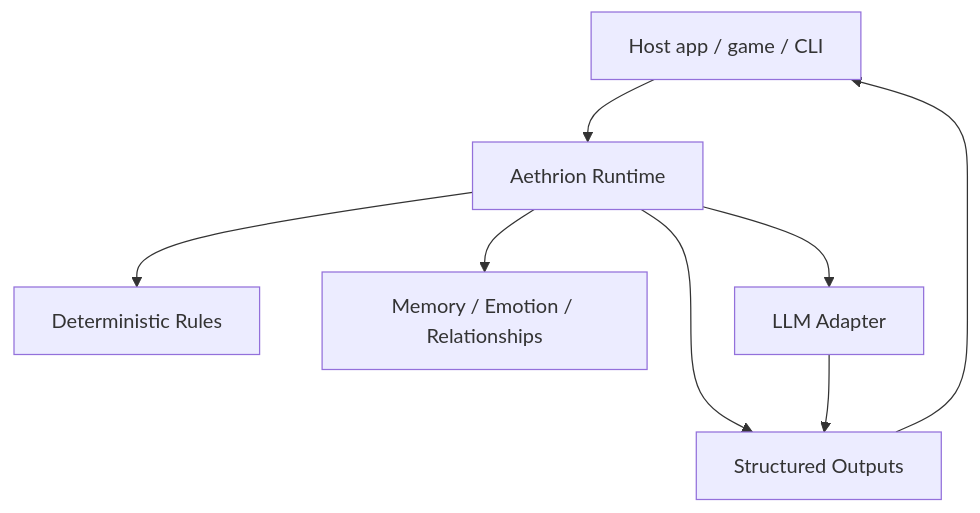
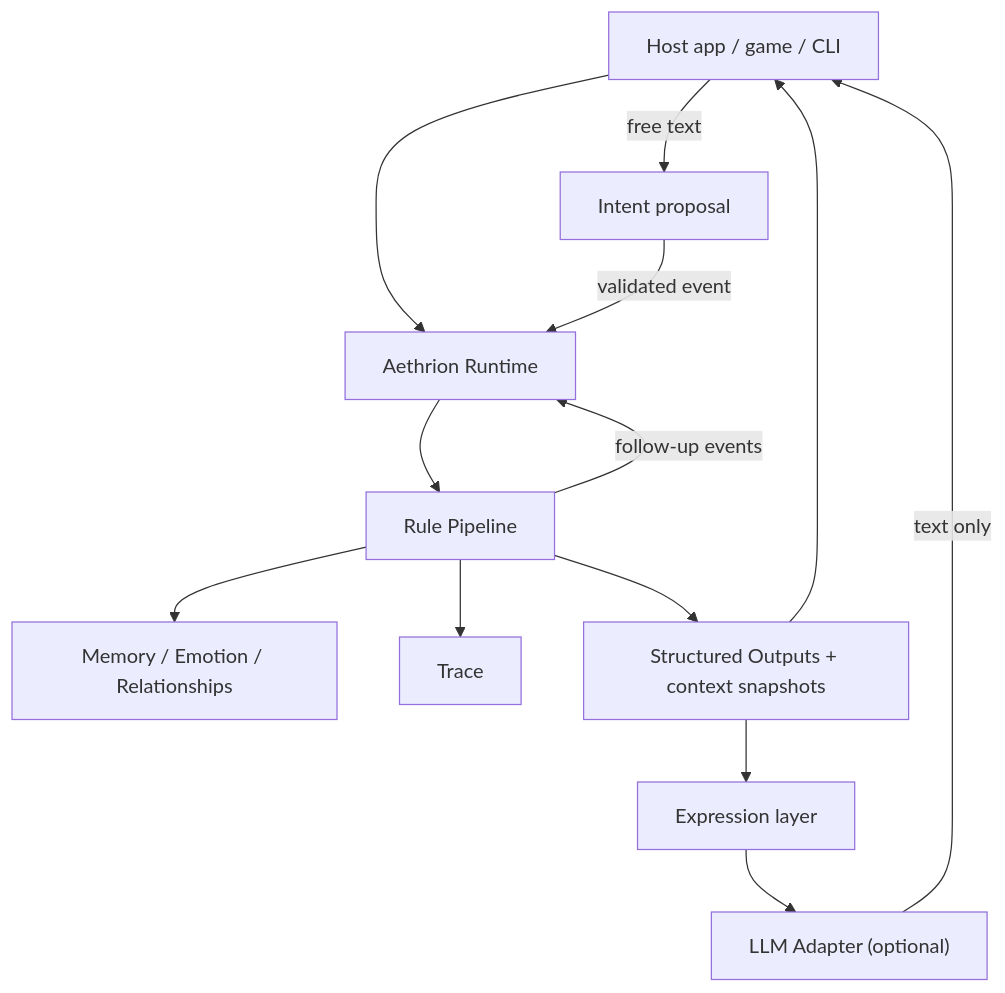
The diagram in README.ko.md (simulacre7/aethrion), drawn with Mermaid before and after one commit. The commit also changed other lines of this file and 19 other files, not shown here.

First line of the commit message:
Document v0.2: rules, expression, scenarios, API, and examples

````diff
--- a/README.ko.md
+++ b/README.ko.md
@@ -202,10 +272,15 @@
 ```mermaid
 flowchart TD
     Host["Host app / game / CLI"] --> Runtime["Aethrion Runtime"]
-    Runtime --> Rules["Deterministic Rules"]
-    Runtime --> State["Memory / Emotion / Relationships"]
-    Runtime --> Outputs["Structured Outputs"]
+    Runtime --> Pipeline["Rule Pipeline"]
+    Pipeline --> State["Memory / Emotion / Relationships"]
+    Pipeline -->|follow-up events| Runtime
+    Pipeline --> Trace["Trace"]
+    Pipeline --> Outputs["Structured Outputs + context snapshots"]
     Outputs --> Host
-    Runtime --> LLM["LLM Adapter"]
-    LLM --> Outputs
+    Outputs --> Expression["Expression layer"]
+    Expression --> LLM["LLM Adapter (optional)"]
+    LLM -->|text only| Host
+    Host -->|free text| Intent["Intent proposal"]
+    Intent -->|validated event| Runtime
 ```
````
